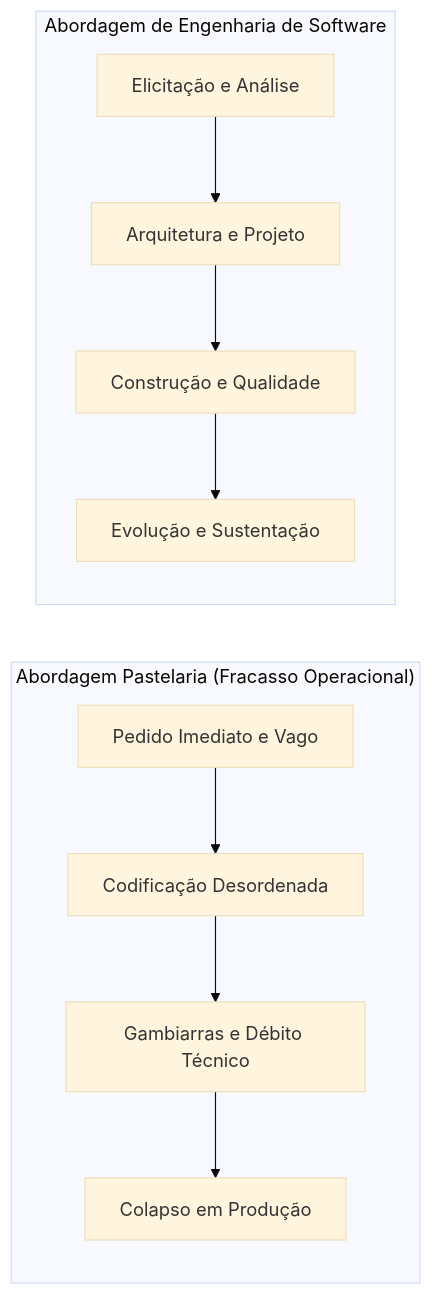
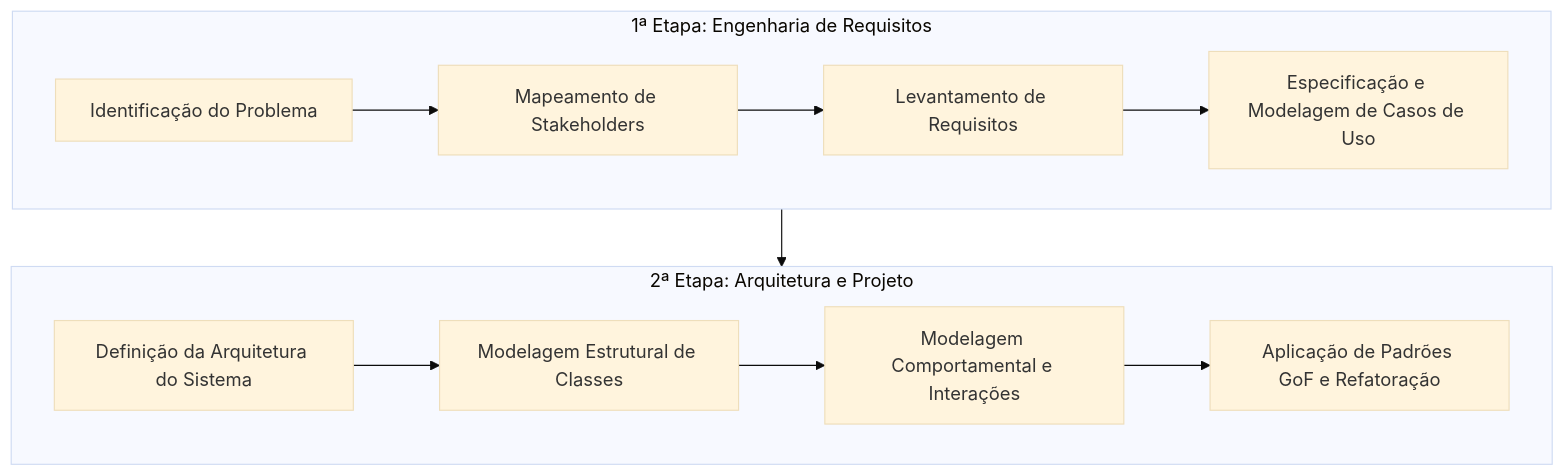
One commit to murilolol/unifef changed the first of 24 diagrams in 4º Semestre/[Prof. Wesley Soares] Engenharia de Software II/Resumos-IA/Simulados-Comentados.md. Above: the diagram before and after it, drawn with Mermaid (base theme). The commit also changed other lines of this file and 58 other files, not shown here.

````diff
--- a/4º Semestre/[Prof. Wesley Soares] Engenharia de Software II/Resumos-IA/Simulados-Comentados.md
+++ b/4º Semestre/[Prof. Wesley Soares] Engenharia de Software II/Resumos-IA/Simulados-Comentados.md
@@ -97,16 +54,16 @@
 ```mermaid
-flowchart LR
-    subgraph Falha["Abordagem Pastelaria (Fracasso Operacional)"]
-        direction TB
-        F1["Pedido Imediato e Vago"] --> F2["Codificação Desordenada"]
-        F2 --> F3["Gambiarras e Débito Técnico"]
-        F3 --> F4["Colapso em Produção"]
+flowchart TD
+    subgraph Fase1["1ª Etapa: Engenharia de Requisitos"]
+        E1["Identificação do Problema"] --> E2["Mapeamento de Stakeholders"]
+        E2 --> E3["Levantamento de Requisitos"]
+        E3 --> E4["Especificação e Modelagem de Casos de Uso"]
     end
 
-    subgraph Engenharia["Abordagem de Engenharia de Software"]
-        direction TB
-        E1["Elicitação e Análise"] --> E2["Arquitetura e Projeto"]
-        E2 --> E3["Construção e Qualidade"]
-        E3 --> E4["Evolução e Sustentação"]
+    subgraph Fase2["2ª Etapa: Arquitetura e Projeto"]
+        A1["Definição da Arquitetura do Sistema"] --> A2["Modelagem Estrutural de Classes"]
+        A2 --> A3["Modelagem Comportamental e Interações"]
+        A3 --> A4["Aplicação de Padrões GoF e Refatoração"]
     end
+
+    Fase1 --> Fase2
 ```
````
